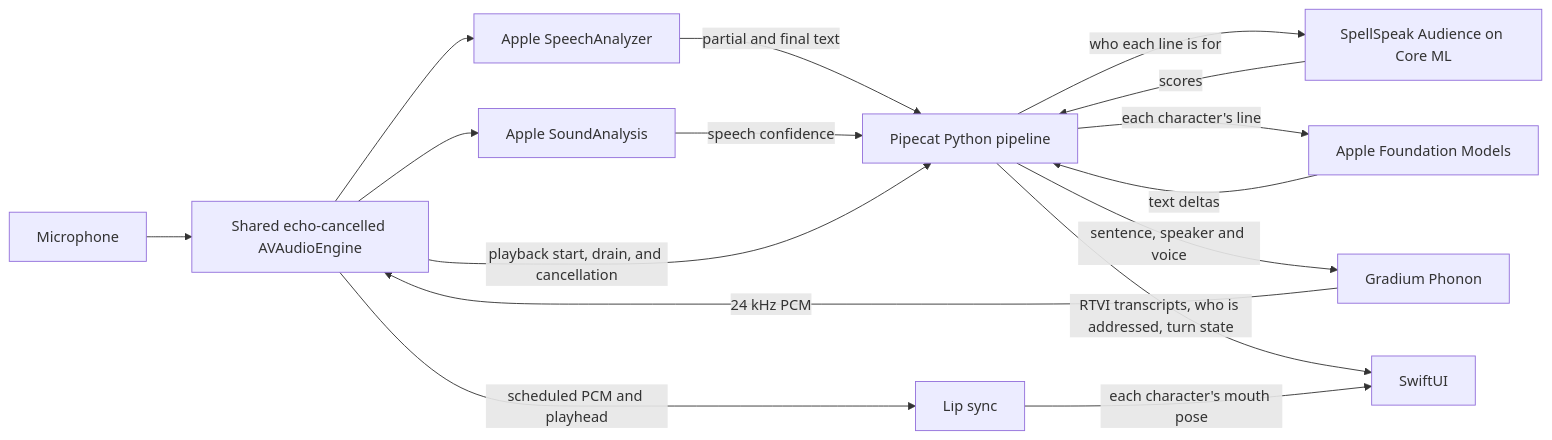
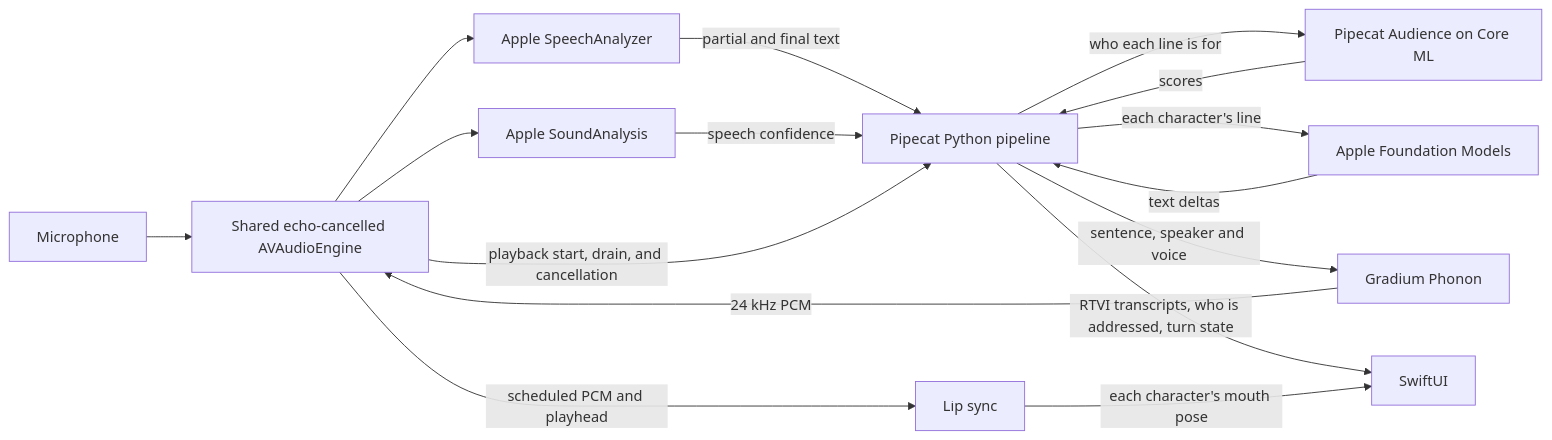
The diagram in docs/architecture.md (pipecat-ai/ios-little-voices), drawn with Mermaid before and after one commit. The commit also changed other lines of this file and 8 other files, not shown here.

````diff
--- a/docs/architecture.md
+++ b/docs/architecture.md
@@ -3,18 +3,18 @@
 ```mermaid
 flowchart LR
     Mic[Microphone] --> Audio[Shared echo-cancelled AVAudioEngine]
     Audio --> ASR[Apple SpeechAnalyzer]
     Audio --> VAD[Apple SoundAnalysis]
     ASR -->|partial and final text| Python[Pipecat Python pipeline]
     VAD -->|speech confidence| Python
-    Python -->|who each line is for| Audience[SpellSpeak Audience on Core ML]
+    Python -->|who each line is for| Audience[Pipecat Audience on Core ML]
     Audience -->|scores| Python
     Python -->|each character's line| LLM[Apple Foundation Models]
     LLM -->|text deltas| Python
     Python -->|sentence, speaker and voice| TTS[Gradium Phonon]
     TTS -->|24 kHz PCM| Audio
     Audio -->|playback start, drain, and cancellation| Python
     Python -->|RTVI transcripts, who is addressed, turn state| UI[SwiftUI]
     Audio -->|scheduled PCM and playhead| Lipsync[Lip sync]
     Lipsync -->|each character's mouth pose| UI
 ```
````
